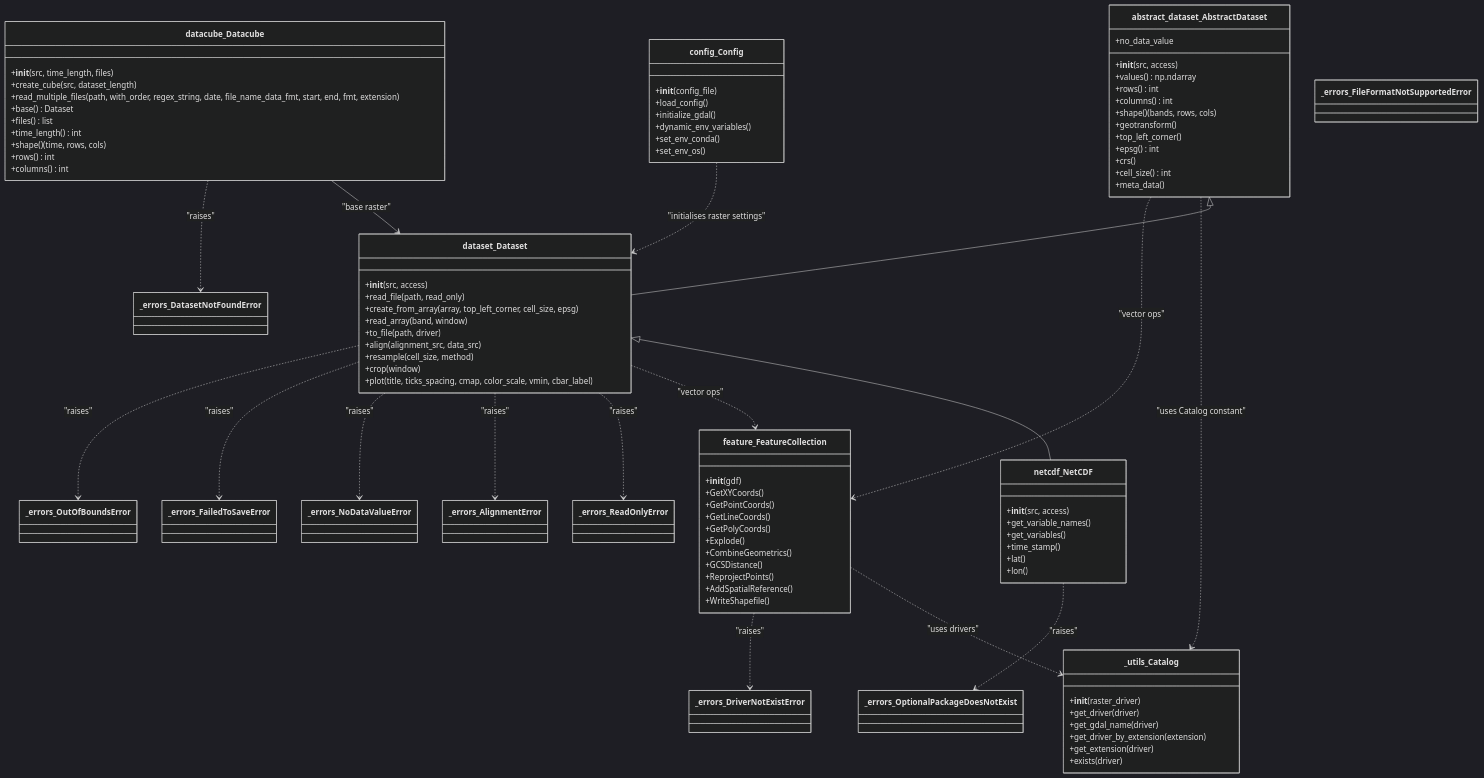
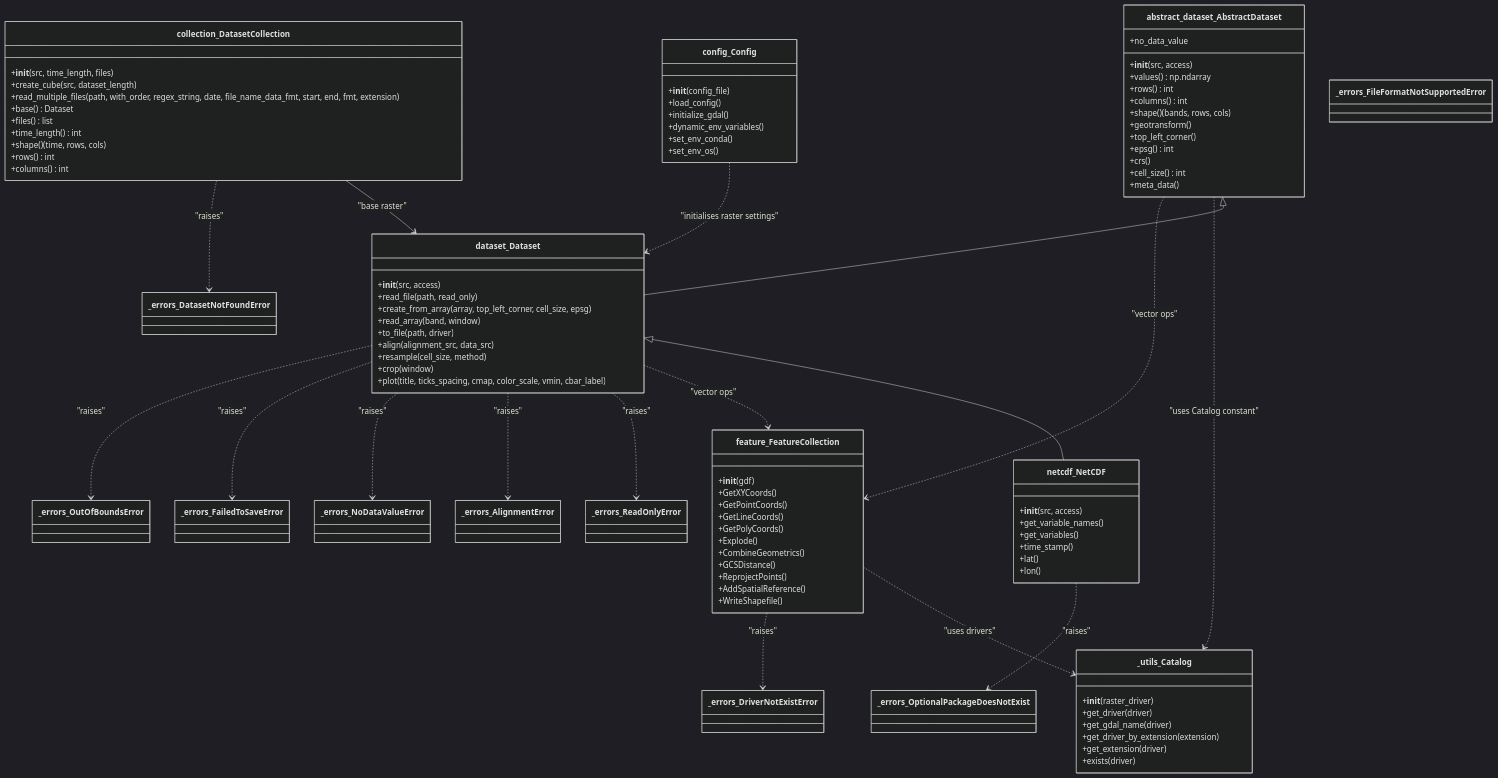
Before and after one commit to Serapieum-of-alex/pyramids: diagram 12 of 13 in docs/architecture/diagrams.md, drawn with Mermaid (dark theme). The commit also changed other lines of this file and 2 other files, not shown here.

```diff
--- a/docs/architecture/diagrams.md
+++ b/docs/architecture/diagrams.md
@@ -201,7 +201,7 @@
     }
 
     %% DataCube: stack of rasters
-    class datacube_Datacube {
+    class collection_DatasetCollection {
         +__init__(src, time_length, files)
         +create_cube(src, dataset_length)
         +read_multiple_files(path, with_order, regex_string, date, file_name_data_fmt, start, end, fmt, extension)
@@ -254,7 +254,7 @@
     dataset_Dataset <|-- netcdf_NetCDF
 
     %% composition/usage relations
-    datacube_Datacube --> dataset_Dataset : "base raster"
+    collection_DatasetCollection --> dataset_Dataset : "base raster"
     abstract_dataset_AbstractDataset ..> _utils_Catalog : "uses Catalog constant"
     abstract_dataset_AbstractDataset ..> feature_FeatureCollection : "vector ops"
     dataset_Dataset ..> feature_FeatureCollection : "vector ops"
@@ -264,7 +264,7 @@
     dataset_Dataset ..> _errors_NoDataValueError : "raises"
     dataset_Dataset ..> _errors_FailedToSaveError : "raises"
     dataset_Dataset ..> _errors_OutOfBoundsError : "raises"
-    datacube_Datacube ..> _errors_DatasetNotFoundError : "raises"
+    collection_DatasetCollection ..> _errors_DatasetNotFoundError : "raises"
     feature_FeatureCollection ..> _errors_DriverNotExistError : "raises"
     netcdf_NetCDF ..> _errors_OptionalPackageDoesNotExist : "raises"
     config_Config ..> dataset_Dataset : "initialises raster settings"
```
